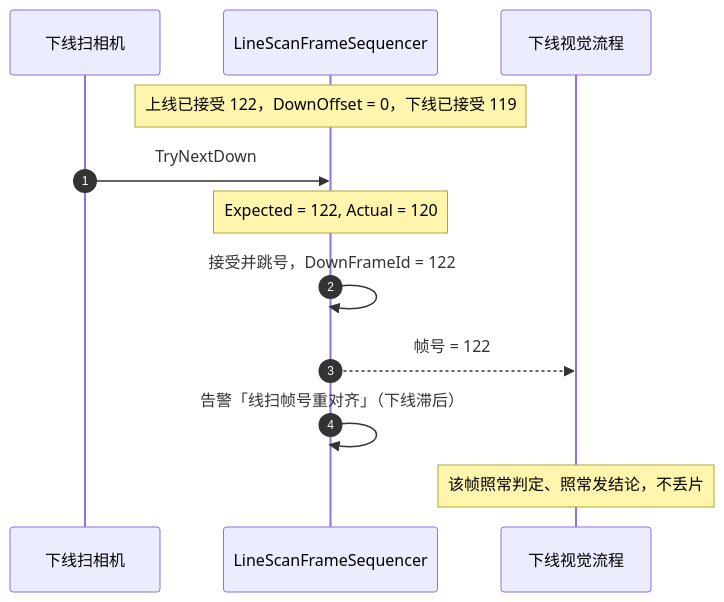
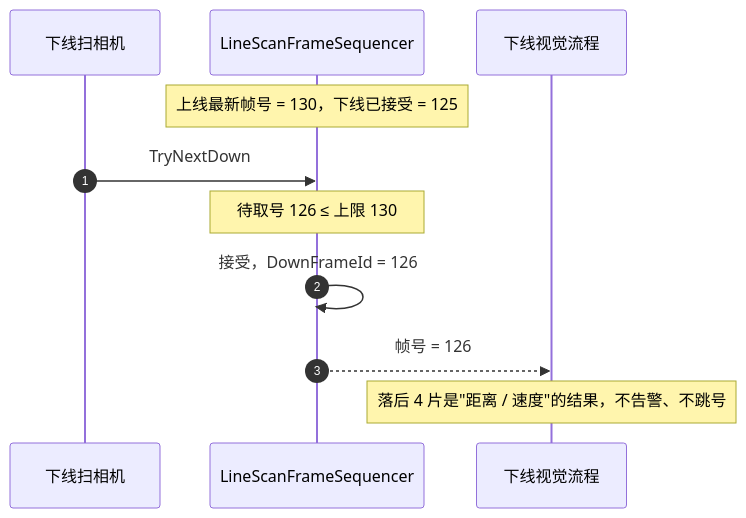
The third of 6 diagrams in docs/五金模切_帧队列与PLC发布设计.md (HowieKwok/die-cutter), drawn with Mermaid before and after one commit. The commit also changed other lines of this file and 12 other files, not shown here.

````diff
--- a/docs/五金模切_帧队列与PLC发布设计.md
+++ b/docs/五金模切_帧队列与PLC发布设计.md
@@ -501,15 +496,14 @@
 ```mermaid
 sequenceDiagram
     autonumber
     participant Cam as 下线扫相机
     participant Seq as LineScanFrameSequencer
     participant V as 下线视觉流程
 
-    Note over Seq: 上线已接受 122，DownOffset = 0，下线已接受 119
+    Note over Seq: 上线最新帧号 = 130，下线已接受 = 125
     Cam->>Seq: TryNextDown
-    Note over Seq: Expected = 122, Actual = 120
-    Seq->>Seq: 接受并跳号，DownFrameId = 122
-    Seq-->>V: 帧号 = 122
-    Seq->>Seq: 告警「线扫帧号重对齐」（下线滞后）
-    Note over V: 该帧照常判定、照常发结论，不丢片
+    Note over Seq: 待取号 126 ≤ 上限 130
+    Seq->>Seq: 接受，DownFrameId = 126
+    Seq-->>V: 帧号 = 126
+    Note over V: 落后 4 片是"距离 / 速度"的结果，不告警、不跳号
 ```
````
